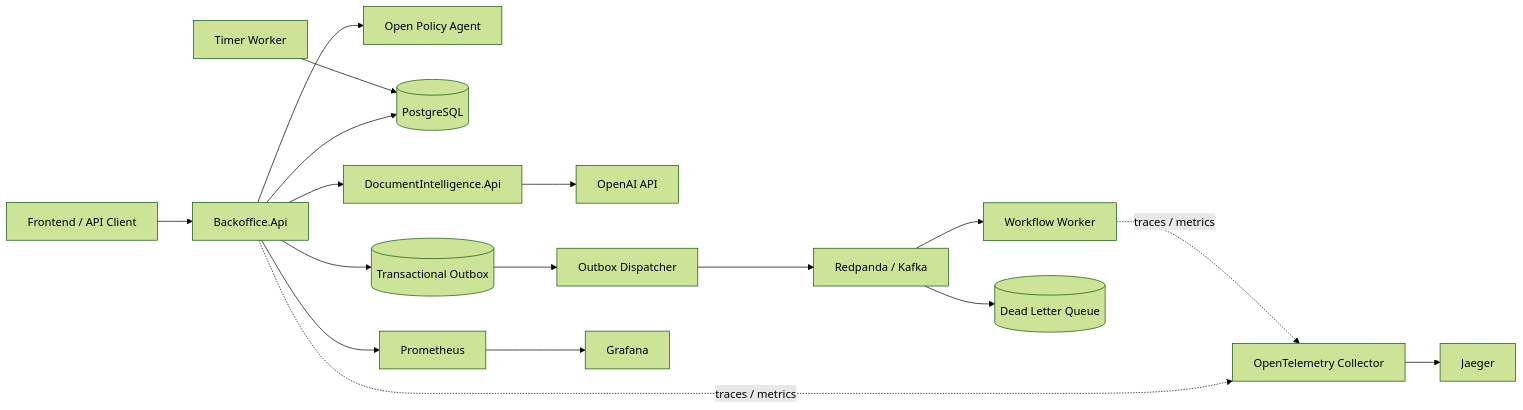
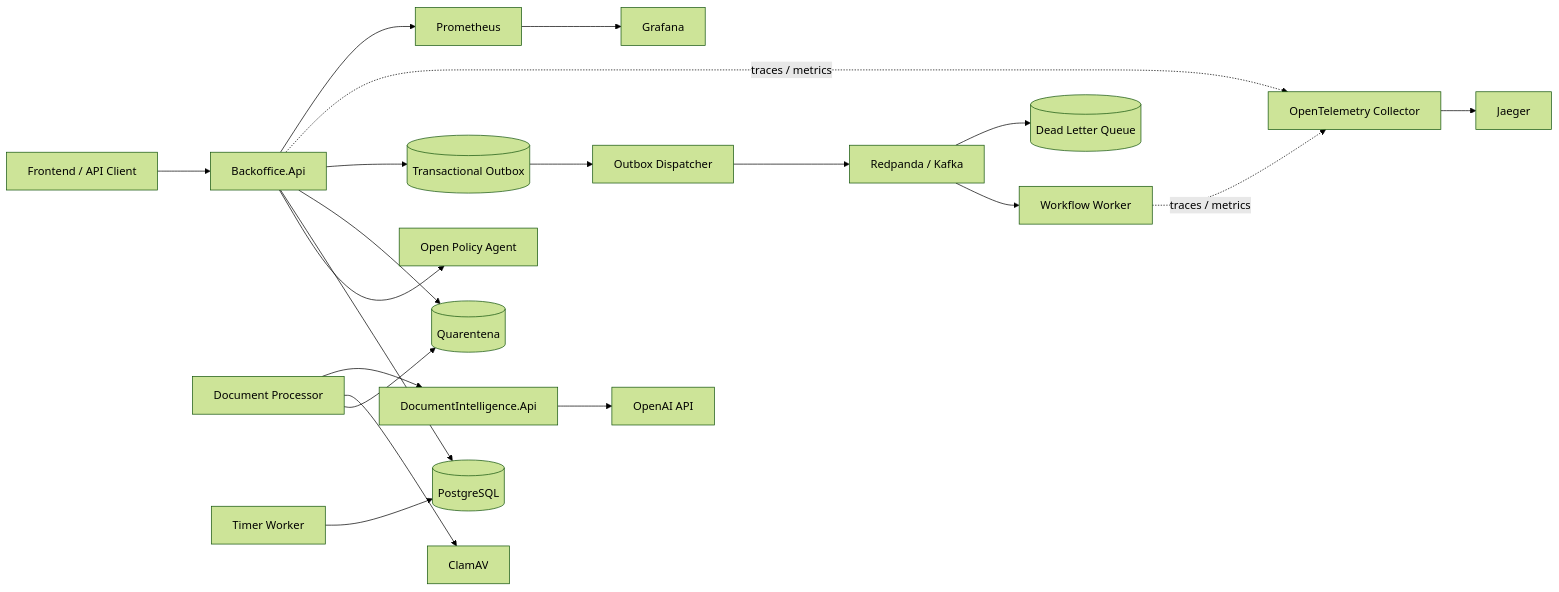
One commit to leandrosflora/backoffice-platform-api changed the diagram in README.md. Above: the diagram before and after it, drawn with Mermaid (forest theme). The commit also changed other lines of this file and 28 other files, not shown here.

````diff
--- a/README.md
+++ b/README.md
@@ -51,22 +54,25 @@
 ```mermaid
 flowchart LR
     Client[Frontend / API Client] --> API[Backoffice.Api]
 
     API --> OPA[Open Policy Agent]
     API --> DB[(PostgreSQL)]
-    API --> DI[DocumentIntelligence.Api]
+    API --> Quarantine[(Quarentena)]
+    Processor[Document Processor] --> Quarantine
+    Processor --> ClamAV[ClamAV]
+    Processor --> DI[DocumentIntelligence.Api]
     DI --> OpenAI[OpenAI API]
 
     API --> Outbox[(Transactional Outbox)]
     Outbox --> Dispatcher[Outbox Dispatcher]
     Dispatcher --> Kafka[Redpanda / Kafka]
     Kafka --> Workflow[Workflow Worker]
     Kafka --> DLQ[(Dead Letter Queue)]
     Timer[Timer Worker] --> DB
 
     API -. traces / metrics .-> OTel[OpenTelemetry Collector]
     Workflow -. traces / metrics .-> OTel
     OTel --> Jaeger[Jaeger]
     API --> Prometheus[Prometheus]
     Prometheus --> Grafana[Grafana]
 ```
````
